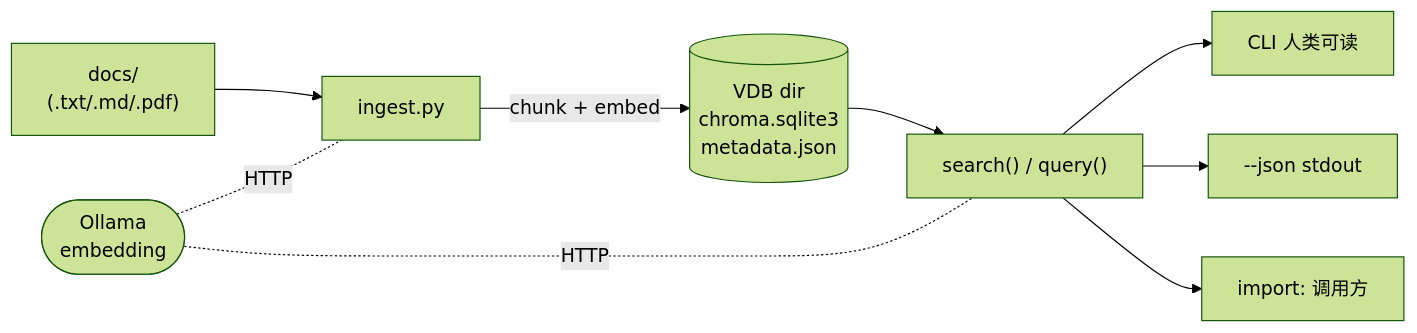
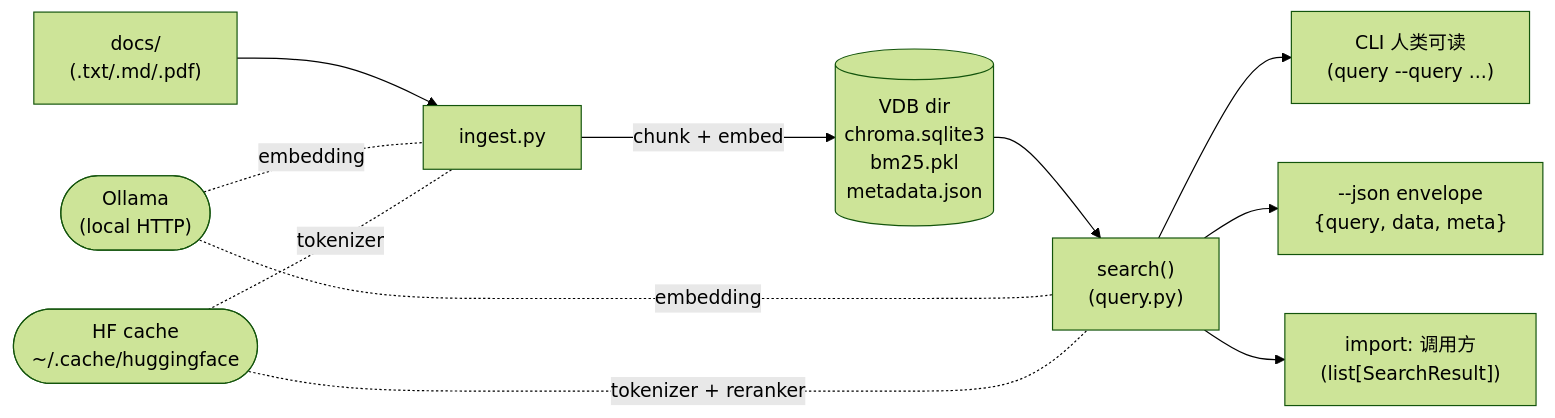
One commit to AndyUneducated/ai_workshop_demo changed the first of 3 diagrams in play/rag/README.md. Above: the diagram before and after it, drawn with Mermaid (forest theme). The commit also changed other lines of this file and 15 other files, not shown here.

````diff
--- a/play/rag/README.md
+++ b/play/rag/README.md
@@ -16,11 +19,13 @@
 ```mermaid
 flowchart LR
     docs["docs/<br/>(.txt/.md/.pdf)"] --> ingest["ingest.py"]
-    ingest -->|chunk + embed| vdb[("VDB dir<br/>chroma.sqlite3<br/>metadata.json")]
-    vdb --> search["search() / query()"]
-    search --> cli["CLI 人类可读"]
-    search --> json["--json stdout"]
-    search --> api["import: 调用方"]
-    ollama(["Ollama<br/>embedding"]) -.HTTP.- ingest
-    ollama -.HTTP.- search
+    ingest -->|chunk + embed| vdb[("VDB dir<br/>chroma.sqlite3<br/>bm25.pkl<br/>metadata.json")]
+    vdb --> search["search()<br/>(query.py)"]
+    search --> cli["CLI 人类可读<br/>(query --query ...)"]
+    search --> jsonOut["--json envelope<br/>{query, data, meta}"]
+    search --> api["import: 调用方<br/>(list[SearchResult])"]
+    ollama(["Ollama<br/>(local HTTP)"]) -. embedding .- ingest
+    ollama -. embedding .- search
+    hf(["HF cache<br/>~/.cache/huggingface"]) -. tokenizer .- ingest
+    hf -. tokenizer + reranker .- search
 ```
````
